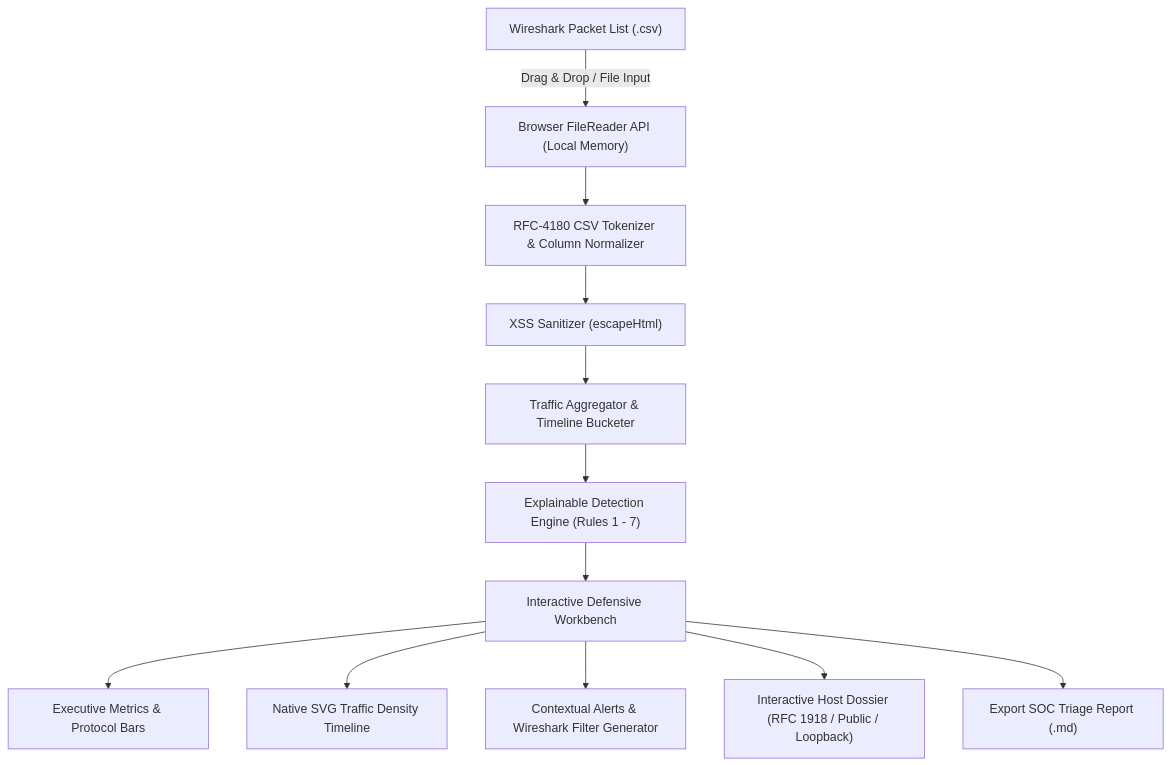
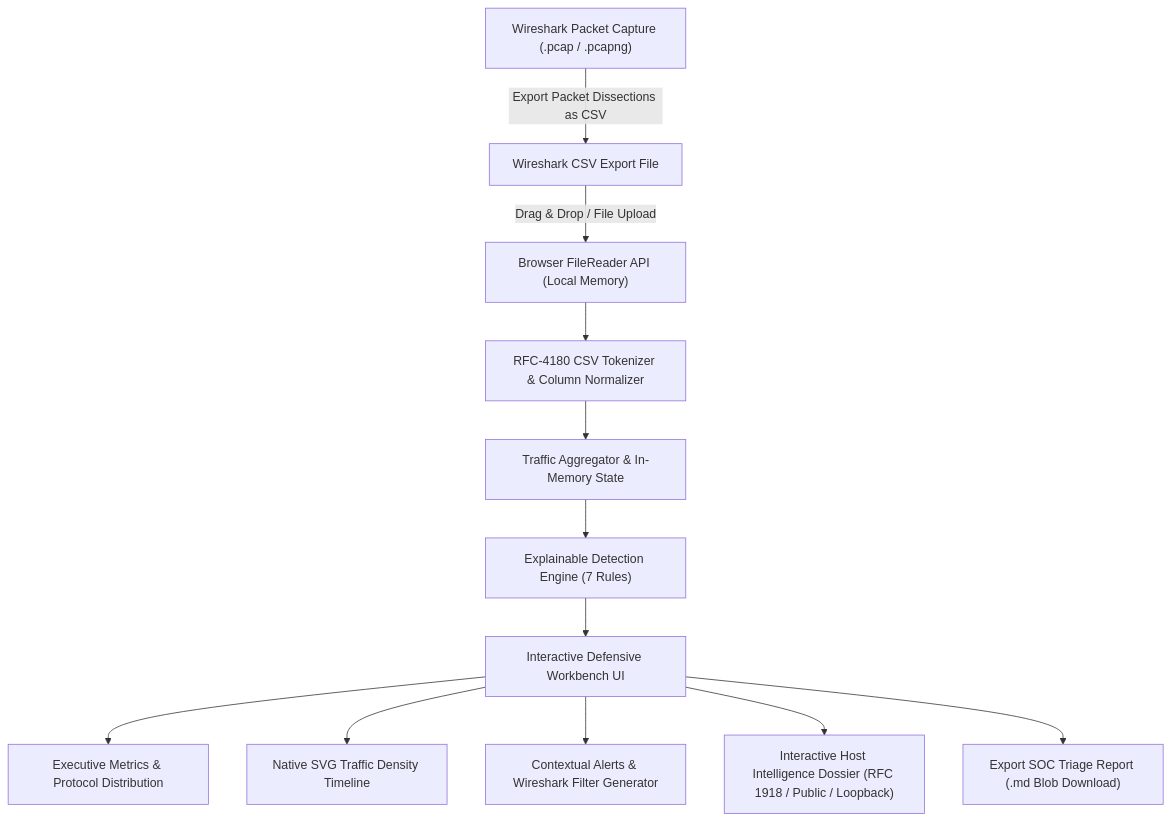
Before and after one commit to deswanth12/net-triage: the first of 2 diagrams in README.md, drawn with Mermaid. The commit also changed other lines of this file, not shown here.

Commit message:
docs: upgrade README with comprehensive defensive workbench documentation and test matrix

````diff
--- a/README.md
+++ b/README.md
@@ -39,14 +43,14 @@
 ```mermaid
 flowchart TD
-    A["Wireshark Packet List (.csv)"] -->|"Drag & Drop / File Input"| B["Browser FileReader API (Local Memory)"]
-    B --> C["RFC-4180 CSV Tokenizer & Column Normalizer"]
-    C --> D["XSS Sanitizer (escapeHtml)"]
-    D --> E["Traffic Aggregator & Timeline Bucketer"]
-    E --> F["Explainable Detection Engine (Rules 1 - 7)"]
-    F --> G["Interactive Defensive Workbench"]
-    G --> H["Executive Metrics & Protocol Bars"]
+    A["Wireshark Packet Capture (.pcap / .pcapng)"] -->|"Export Packet Dissections as CSV"| B["Wireshark CSV Export File"]
+    B -->|"Drag & Drop / File Upload"| C["Browser FileReader API (Local Memory)"]
+    C --> D["RFC-4180 CSV Tokenizer & Column Normalizer"]
+    D --> E["Traffic Aggregator & In-Memory State"]
+    E --> F["Explainable Detection Engine (7 Rules)"]
+    F --> G["Interactive Defensive Workbench UI"]
+    G --> H["Executive Metrics & Protocol Distribution"]
     G --> I["Native SVG Traffic Density Timeline"]
     G --> J["Contextual Alerts & Wireshark Filter Generator"]
-    G --> K["Interactive Host Dossier (RFC 1918 / Public / Loopback)"]
-    G --> L["Export SOC Triage Report (.md)"]
+    G --> K["Interactive Host Intelligence Dossier (RFC 1918 / Public / Loopback)"]
+    G --> L["Export SOC Triage Report (.md Blob Download)"]
 ```
````
